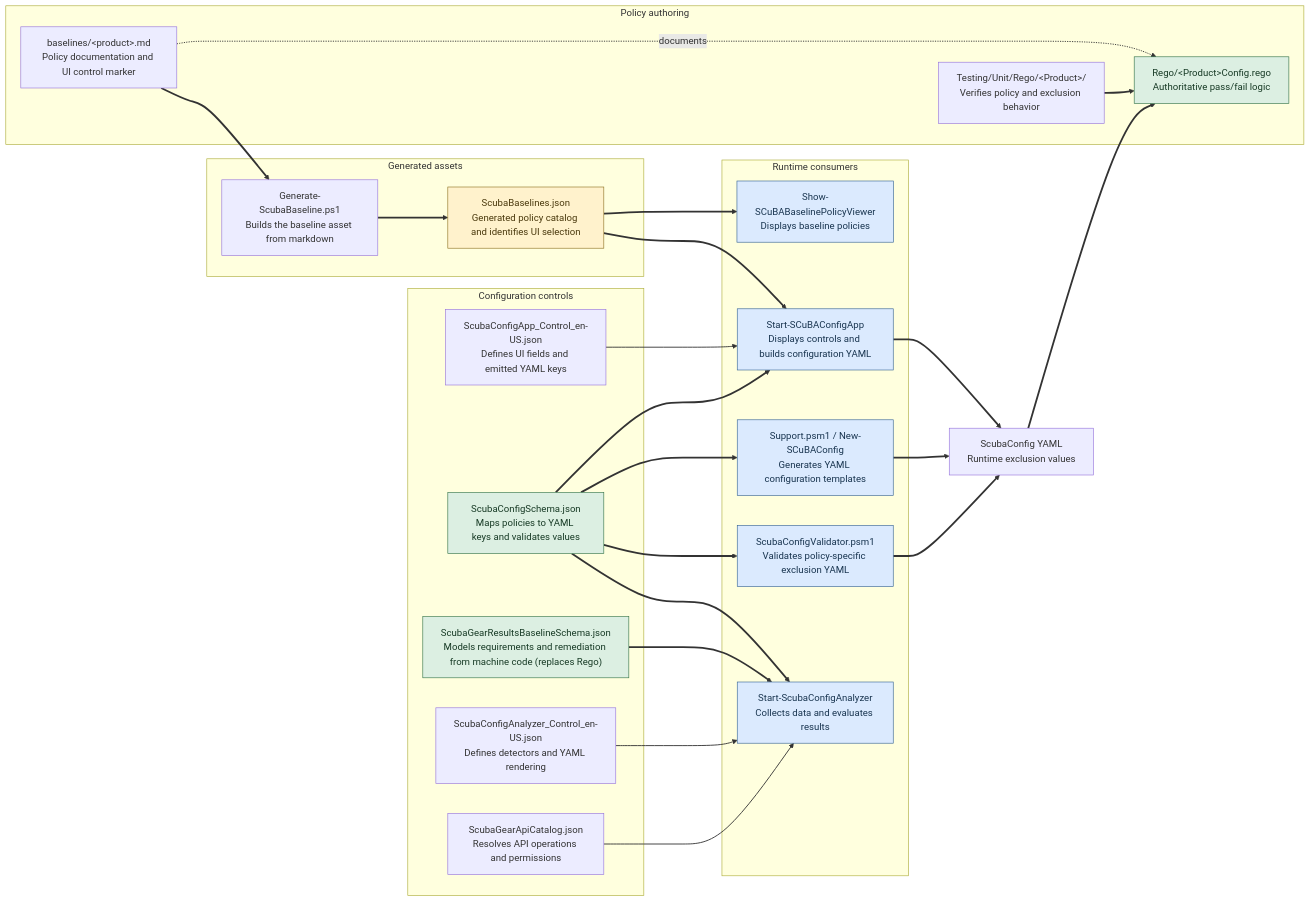
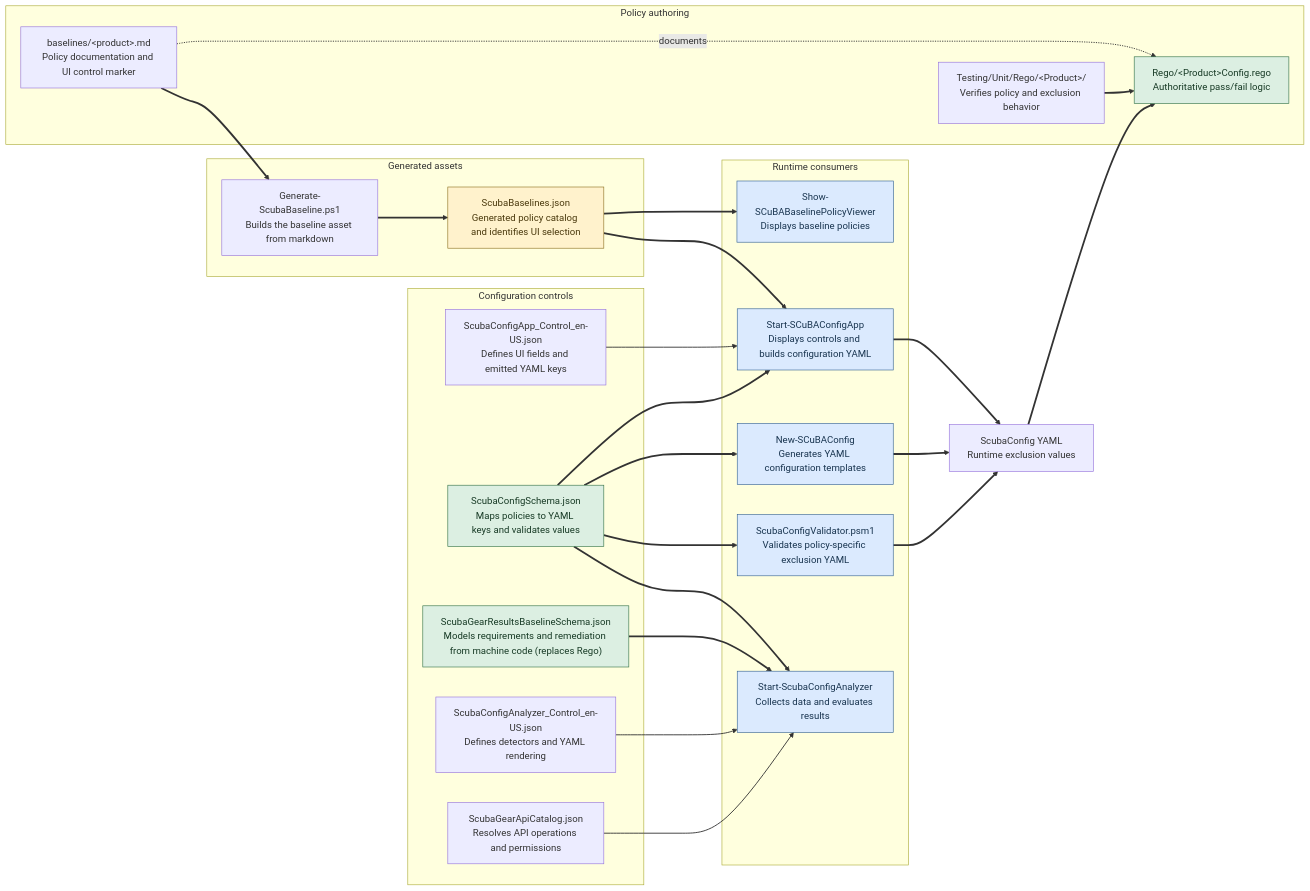
Before and after one commit to cisagov/ScubaGear: the diagram in docs/misc/scubaschema.md, drawn with Mermaid.

Commit message:
removed module

````diff
--- a/docs/misc/scubaschema.md
+++ b/docs/misc/scubaschema.md
@@ -37,59 +37,59 @@
 ```mermaid
 flowchart LR
    subgraph Authoring[Policy authoring]
       Markdown["baselines/&lt;product&gt;.md<br/>Policy documentation and UI control marker"]
       Rego["Rego/&lt;Product&gt;Config.rego<br/>Authoritative pass/fail logic"]
       RegoTests["Testing/Unit/Rego/&lt;Product&gt;/<br/>Verifies policy and exclusion behavior"]
    end
 
    subgraph Contracts[Configuration controls]
       ConfigSchema["ScubaConfigSchema.json<br/>Maps policies to YAML keys and validates values"]
       AppControls["ScubaConfigApp_Control_en-US.json<br/>Defines UI fields and emitted YAML keys"]
       ResultsSchema["ScubaGearResultsBaselineSchema.json<br/>Models requirements and remediation from machine code (replaces Rego)"]
       AnalyzerControls["ScubaConfigAnalyzer_Control_en-US.json<br/>Defines detectors and YAML rendering"]
       ApiCatalog["ScubaGearApiCatalog.json<br/>Resolves API operations and permissions"]
    end
 
    subgraph Generated[Generated assets]
       Generator["Generate-ScubaBaseline.ps1<br/>Builds the baseline asset from markdown"]
       Baselines["ScubaBaselines.json<br/>Generated policy catalog and identifies UI selection"]
    end
 
    subgraph Runtime[Runtime consumers]
       PolicyViewer["Show-SCuBABaselinePolicyViewer<br/>Displays baseline policies"]
       Validator["ScubaConfigValidator.psm1<br/>Validates policy-specific exclusion YAML"]
-      ConfigTemplate["Support.psm1 / New-SCuBAConfig<br/>Generates YAML configuration templates"]
+      ConfigTemplate["New-SCuBAConfig<br/>Generates YAML configuration templates"]
       ConfigApp["Start-SCuBAConfigApp<br/>Displays controls and builds configuration YAML"]
       AnalyzerEngine["Start-ScubaConfigAnalyzer<br/>Collects data and evaluates results"]
    end
 
    Markdown --> Generator --> Baselines
    Markdown -. documents .-> Rego
    RegoTests --> Rego
 
    Baselines --> PolicyViewer  
    Baselines --> ConfigApp
    AppControls --> ConfigApp
    ConfigApp --> ConfigYaml["ScubaConfig YAML<br/>Runtime exclusion values"]
 
    ConfigSchema --> Validator
    ConfigSchema --> ConfigTemplate
    ConfigSchema --> ConfigApp
    ConfigTemplate --> ConfigYaml
    Validator --> ConfigYaml
    ConfigYaml --> Rego
 
    ConfigSchema --> AnalyzerEngine
    ResultsSchema --> AnalyzerEngine
    AnalyzerControls --> AnalyzerEngine
    ApiCatalog --> AnalyzerEngine
 
    classDef authority fill:#dcefe2,stroke:#2f6f44,color:#173a25
    classDef generated fill:#fff2cc,stroke:#8a6d1d,color:#4a390d
    classDef consumer fill:#dbeafe,stroke:#315f91,color:#18344f
    class Rego,ConfigSchema,ResultsSchema authority
    class Baselines generated
    class Validator,ConfigTemplate,ConfigApp,AnalyzerEngine,PolicyViewer consumer
    linkStyle default stroke-width:3px
    linkStyle 2,6,16,17 stroke-width:1.5px
 ```
````
